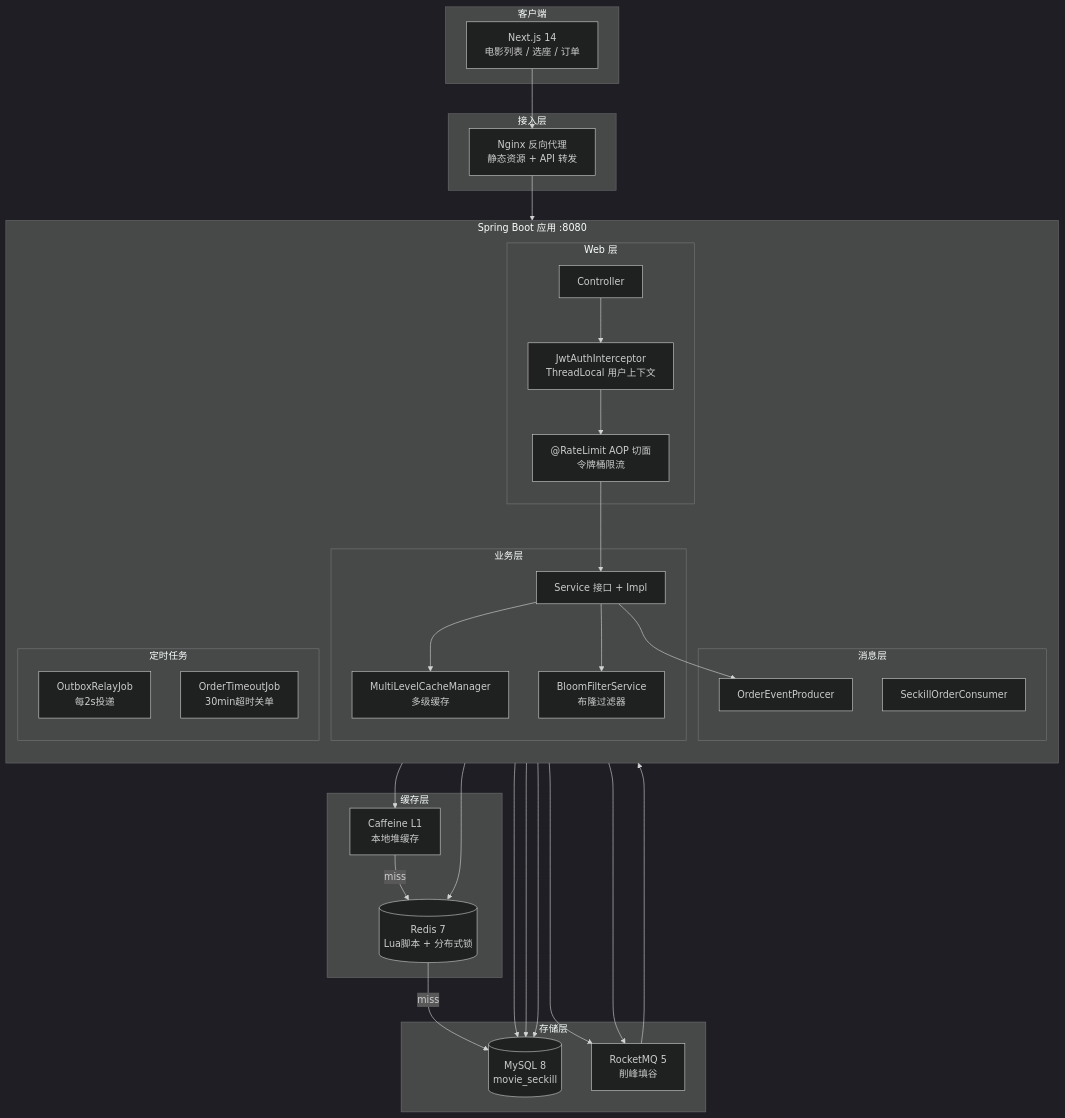
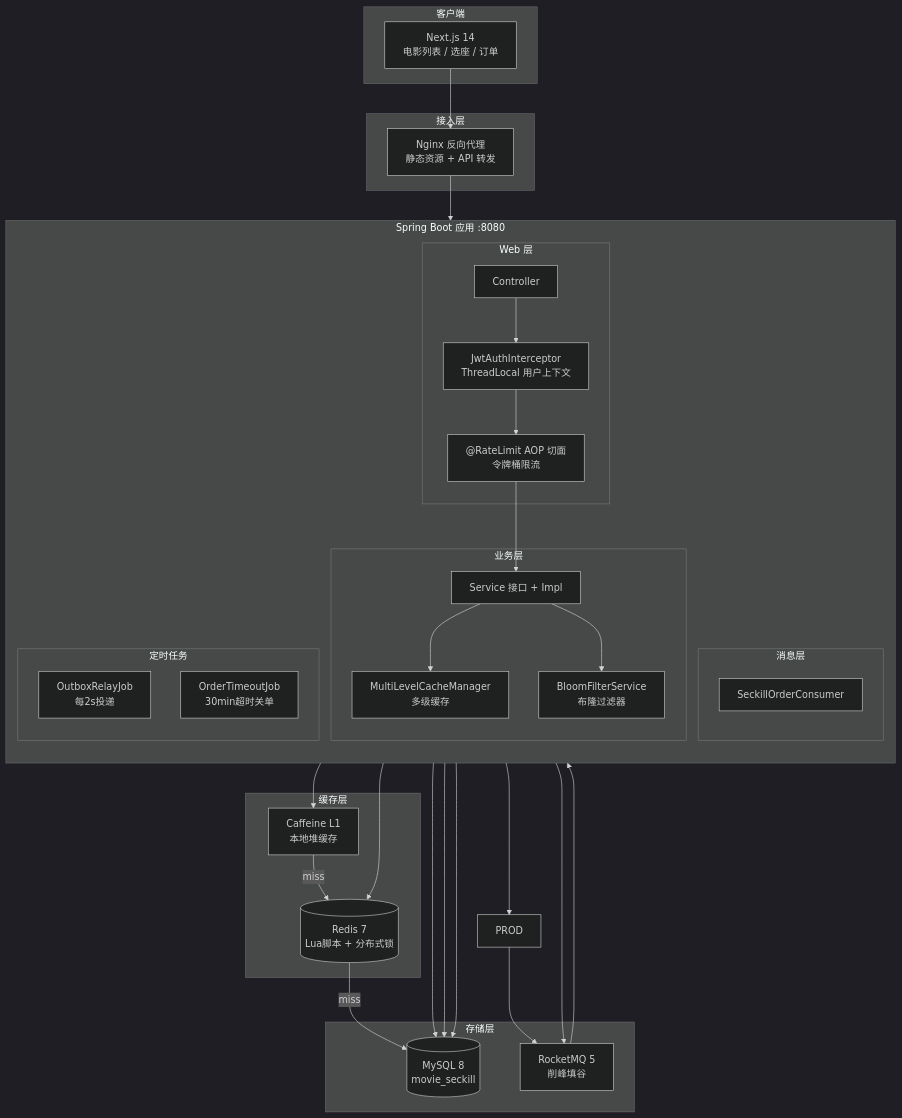
The first of 12 diagrams in docs/架构设计.md (wangn-tech/movie-seckill), drawn with Mermaid (dark theme) before and after one commit. The commit also changed other lines of this file, not shown here.

Commit message:
docs: remove obsolete producer references

````diff
--- a/docs/架构设计.md
+++ b/docs/架构设计.md
@@ -9,58 +9,57 @@
 ```mermaid
 graph TB
     subgraph Client["客户端"]
         FE["Next.js 14<br/>电影列表 / 选座 / 订单"]
     end
 
     subgraph Gateway["接入层"]
         NGINX["Nginx 反向代理<br/>静态资源 + API 转发"]
     end
 
     subgraph App["Spring Boot 应用 :8080"]
         direction TB
         subgraph Web["Web 层"]
             CTRL["Controller"]
             JWT["JwtAuthInterceptor<br/>ThreadLocal 用户上下文"]
             AOP["@RateLimit AOP 切面<br/>令牌桶限流"]
         end
         subgraph Service["业务层"]
             SVC["Service 接口 + Impl"]
             CACHE["MultiLevelCacheManager<br/>多级缓存"]
             BLOOM["BloomFilterService<br/>布隆过滤器"]
         end
         subgraph MQ["消息层"]
-            PROD["OrderEventProducer"]
             CONS["SeckillOrderConsumer"]
         end
         subgraph Job["定时任务"]
             OUTBOX["OutboxRelayJob<br/>每2s投递"]
             TIMEOUT["OrderTimeoutJob<br/>30min超时关单"]
         end
     end
 
     subgraph Cache["缓存层"]
         L1["Caffeine L1<br/>本地堆缓存"]
         L2[("Redis 7<br/>Lua脚本 + 分布式锁")]
     end
 
     subgraph Store["存储层"]
         DB[("MySQL 8<br/>movie_seckill")]
         RMQ["RocketMQ 5<br/>削峰填谷"]
     end
 
     FE --> NGINX --> CTRL
     CTRL --> JWT --> AOP --> SVC
     SVC --> CACHE
     CACHE --> L1
     L1 -->|miss| L2
     L2 -->|miss| DB
     SVC --> BLOOM
     SVC --> PROD
     PROD --> RMQ
     RMQ --> CONS
     CONS --> DB
     OUTBOX --> DB
     OUTBOX --> RMQ
     TIMEOUT --> DB
     TIMEOUT --> L2
 ```
````
